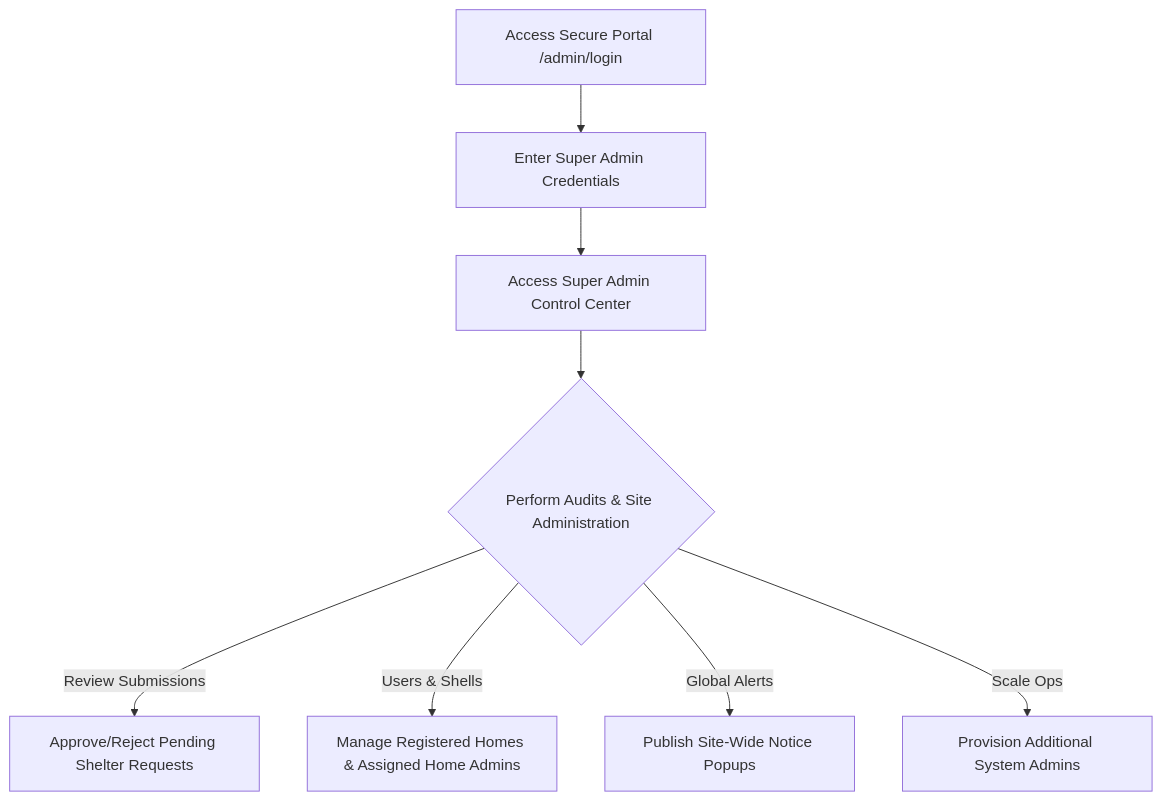
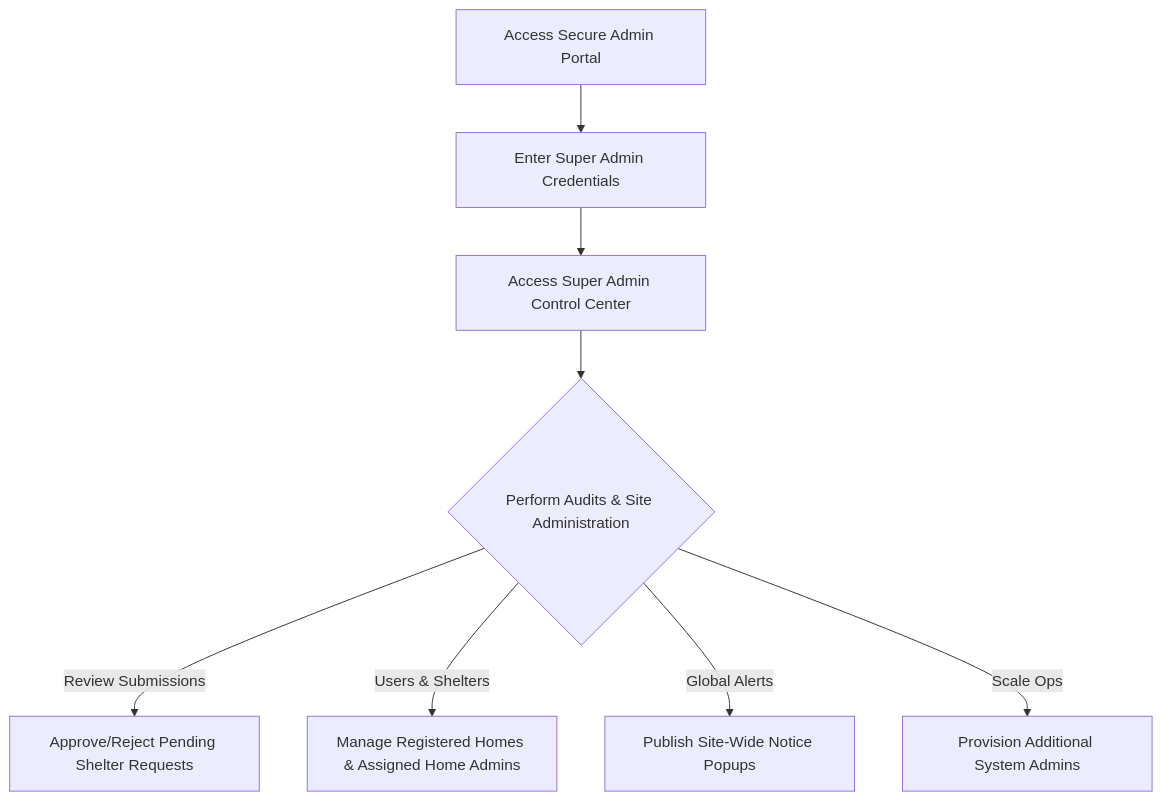
Before and after one commit to HemangDubey/CareConnect: the third of 4 diagrams in README.md, drawn with Mermaid. The commit also changed other lines of this file, not shown here.

````diff
--- a/README.md
+++ b/README.md
@@ -85,10 +87,10 @@
 ```mermaid
 graph TD
-    A[Access Secure Portal /admin/login] --> B[Enter Super Admin Credentials]
+    A[Access Secure Admin Portal] --> B[Enter Super Admin Credentials]
     B --> C[Access Super Admin Control Center]
     C --> D{Perform Audits & Site Administration}
     D -->|Review Submissions| E[Approve/Reject Pending Shelter Requests]
-    D -->|Users & Shells| F[Manage Registered Homes & Assigned Home Admins]
+    D -->|Users & Shelters| F[Manage Registered Homes & Assigned Home Admins]
     D -->|Global Alerts| G[Publish Site-Wide Notice Popups]
     D -->|Scale Ops| H[Provision Additional System Admins]
 ```
````
